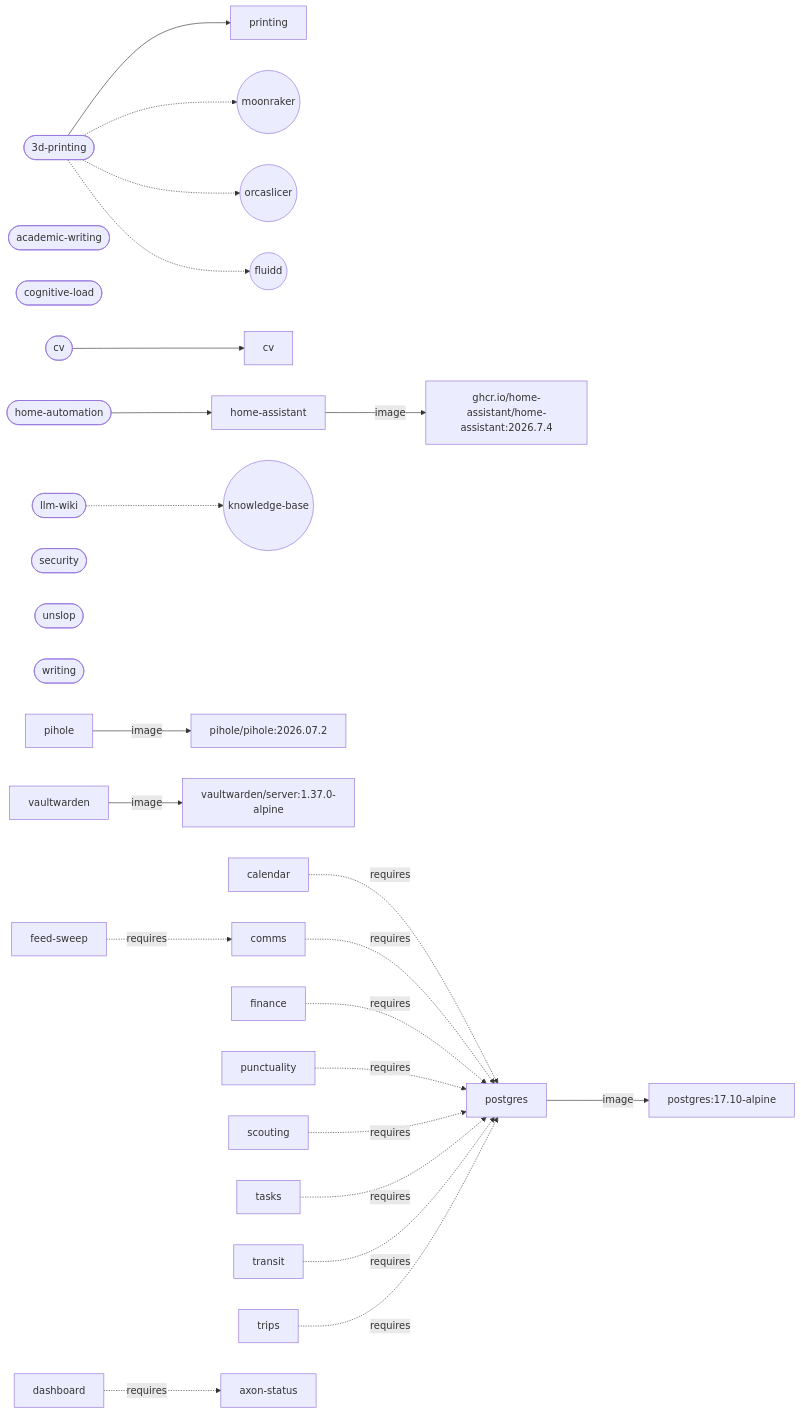
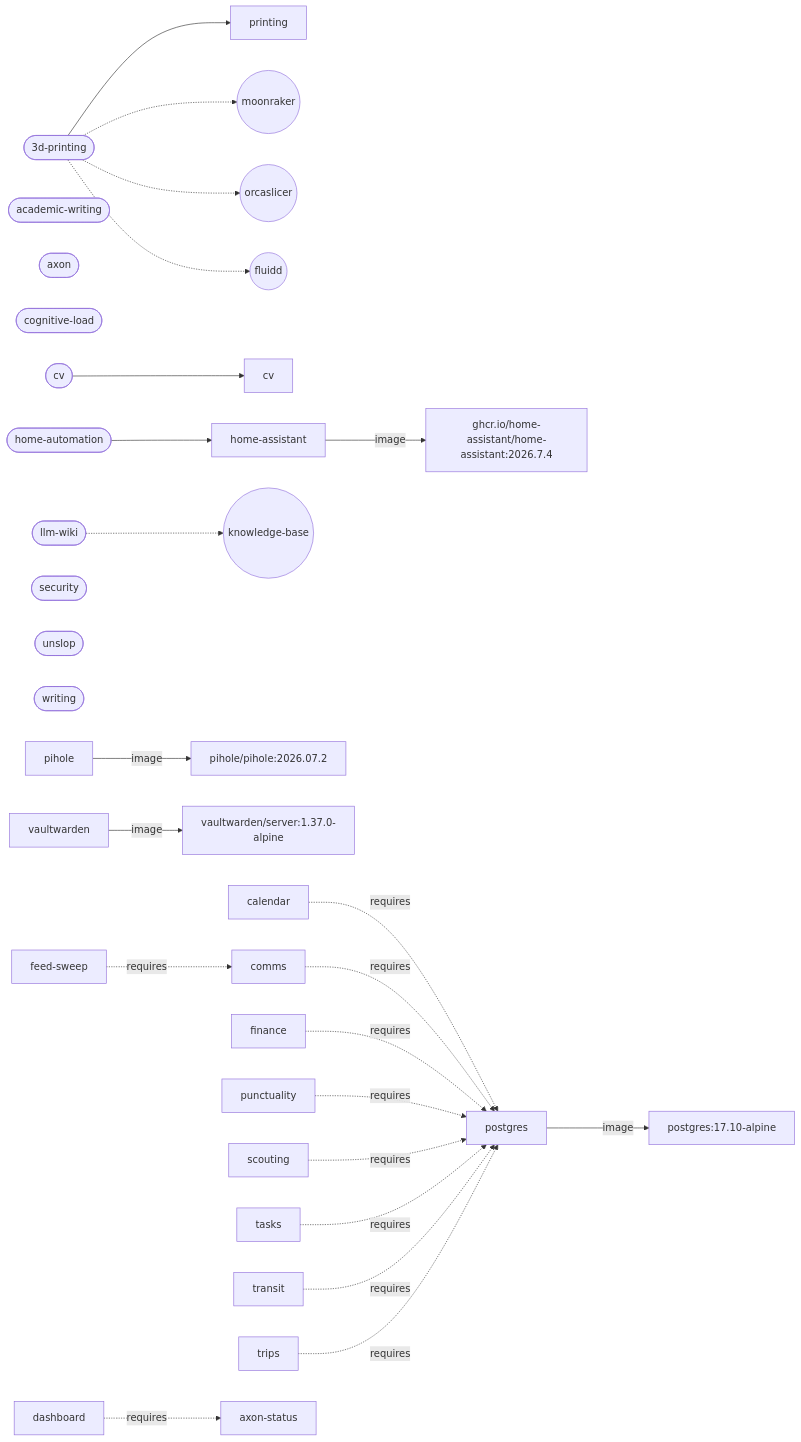
Before and after one commit to larsboes/Axon: the diagram in ARCHITECTURE.md, drawn with Mermaid. The commit also changed other lines of this file, not shown here.

First line of the commit message:
Regenerate ARCHITECTURE.md for the axon Pack

````diff
--- a/ARCHITECTURE.md
+++ b/ARCHITECTURE.md
@@ -129,33 +130,34 @@
 ```mermaid
 flowchart LR
   pack_3d_printing(["3d-printing"])
   pack_3d_printing --> cap_printing["printing"]
   pack_3d_printing -.-> sys_moonraker(("moonraker"))
   pack_3d_printing -.-> sys_orcaslicer(("orcaslicer"))
   pack_3d_printing -.-> sys_fluidd(("fluidd"))
   pack_academic_writing(["academic-writing"])
+  pack_axon(["axon"])
   pack_cognitive_load(["cognitive-load"])
   pack_cv(["cv"])
   pack_cv --> cap_cv["cv"]
   pack_home_automation(["home-automation"])
   pack_home_automation --> cap_home_assistant["home-assistant"]
   pack_llm_wiki(["llm-wiki"])
   pack_llm_wiki -.-> sys_knowledge_base(("knowledge-base"))
   pack_security(["security"])
   pack_unslop(["unslop"])
   pack_writing(["writing"])
   cap_home_assistant["home-assistant"] -->|image| img_ghcr_io_home_assistant_home_assistant["ghcr.io/home-assistant/home-assistant:2026.7.4"]
   cap_pihole["pihole"] -->|image| img_pihole_pihole["pihole/pihole:2026.07.2"]
   cap_postgres["postgres"] -->|image| img_postgres["postgres:17.10-alpine"]
   cap_vaultwarden["vaultwarden"] -->|image| img_vaultwarden_server["vaultwarden/server:1.37.0-alpine"]
   cap_calendar["calendar"] -.->|requires| cap_postgres["postgres"]
   cap_comms["comms"] -.->|requires| cap_postgres["postgres"]
   cap_feed_sweep["feed-sweep"] -.->|requires| cap_comms["comms"]
   cap_finance["finance"] -.->|requires| cap_postgres["postgres"]
   cap_punctuality["punctuality"] -.->|requires| cap_postgres["postgres"]
   cap_scouting["scouting"] -.->|requires| cap_postgres["postgres"]
   cap_tasks["tasks"] -.->|requires| cap_postgres["postgres"]
   cap_transit["transit"] -.->|requires| cap_postgres["postgres"]
   cap_trips["trips"] -.->|requires| cap_postgres["postgres"]
   cap_dashboard["dashboard"] -.->|requires| cap_axon_status["axon-status"]
 ```
````
